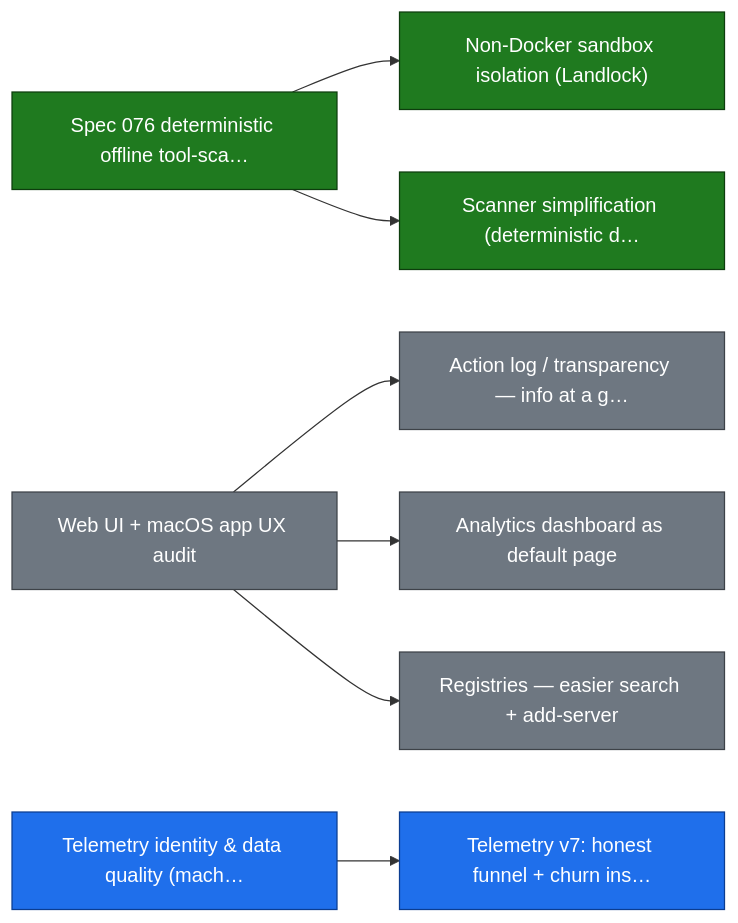
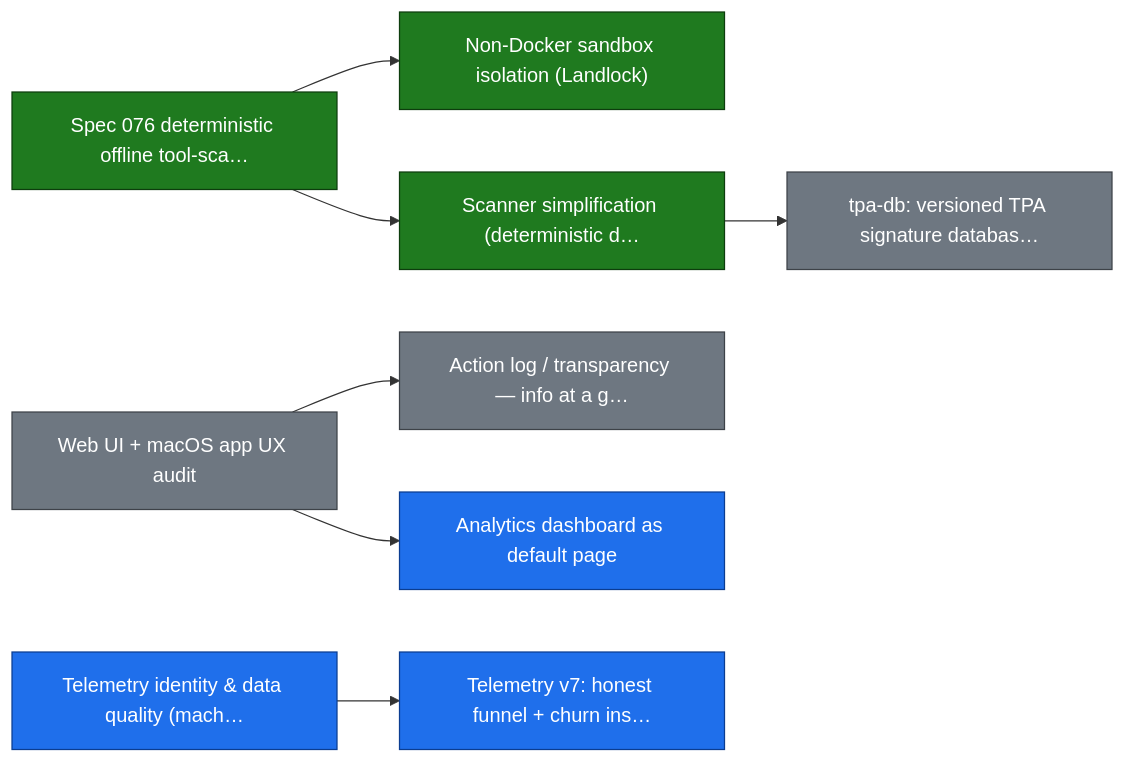
One commit to smart-mcp-proxy/mcpproxy-go changed the first of 17 diagrams in ROADMAP.md. Above: the diagram before and after it, drawn with Mermaid. The commit also changed other lines of this file and 3 other files, not shown here.

````diff
--- a/ROADMAP.md
+++ b/ROADMAP.md
@@ -36,26 +36,26 @@
 ```mermaid
 graph LR
   sandbox_isolation["Non-Docker sandbox isolation (Landlock)"]
   scanner_v2["Spec 076 deterministic offline tool-sca…"]
   ux_audit["Web UI + macOS app UX audit"]
   action_log_transparency["Action log / transparency — info at a g…"]
   analytics_dashboard["Analytics dashboard as default page"]
-  registries_search_add["Registries — easier search + add-server"]
   scanner_simplification["Scanner simplification (deterministic d…"]
+  tpa_db["tpa-db: versioned TPA signature databas…"]
   telemetry_identity["Telemetry identity & data quality (mach…"]
   telemetry_v7_churn["Telemetry v7: honest funnel + churn ins…"]
 
   scanner_v2 --> sandbox_isolation
   ux_audit --> action_log_transparency
   ux_audit --> analytics_dashboard
-  ux_audit --> registries_search_add
   scanner_v2 --> scanner_simplification
+  scanner_simplification --> tpa_db
   telemetry_identity --> telemetry_v7_churn
 
   classDef done fill:#1f7a1f,stroke:#0d3d0d,color:#ffffff;
   classDef in_progress fill:#1f6feb,stroke:#0b3d91,color:#ffffff;
   classDef todo fill:#6e7781,stroke:#3d4248,color:#ffffff;
   class sandbox_isolation,scanner_v2,scanner_simplification done;
-  class telemetry_identity,telemetry_v7_churn in_progress;
-  class ux_audit,action_log_transparency,analytics_dashboard,registries_search_add todo;
+  class analytics_dashboard,telemetry_identity,telemetry_v7_churn in_progress;
+  class ux_audit,action_log_transparency,tpa_db todo;
 ```
````
